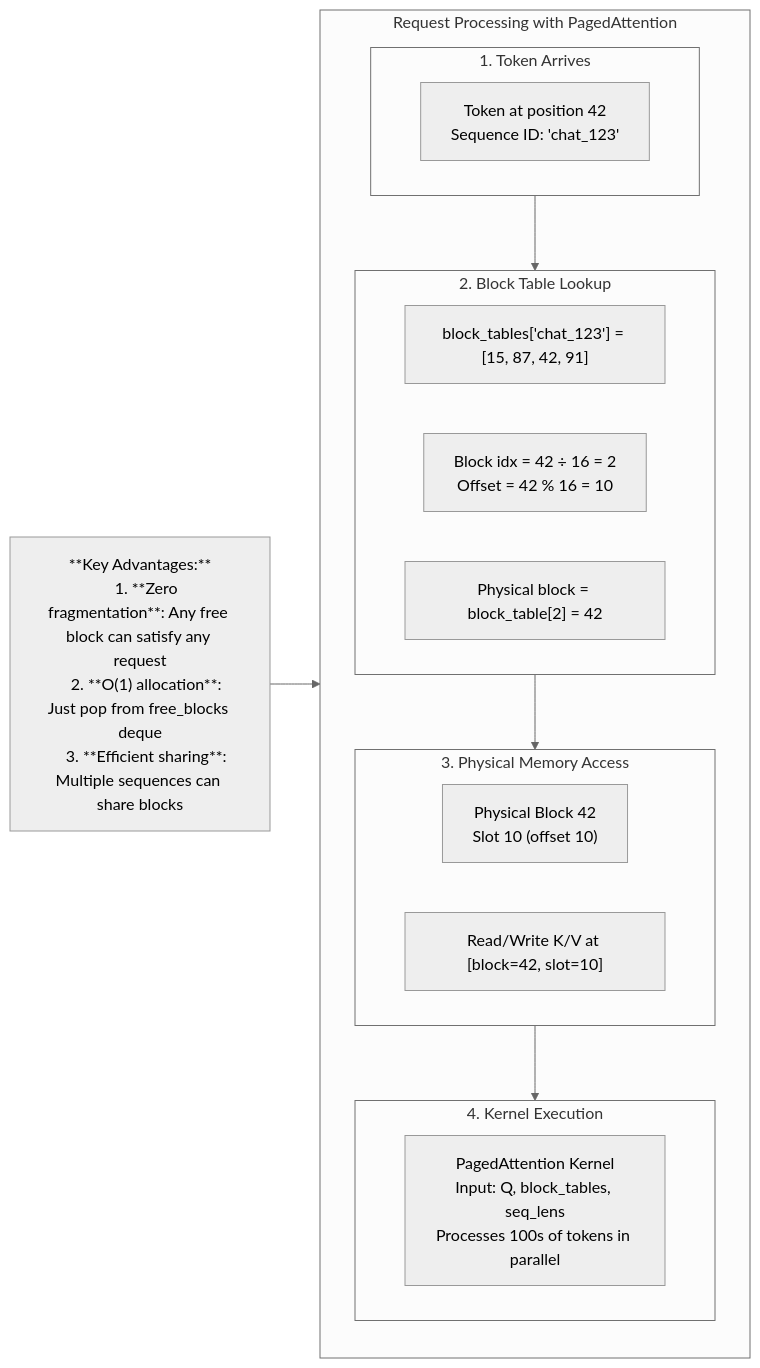
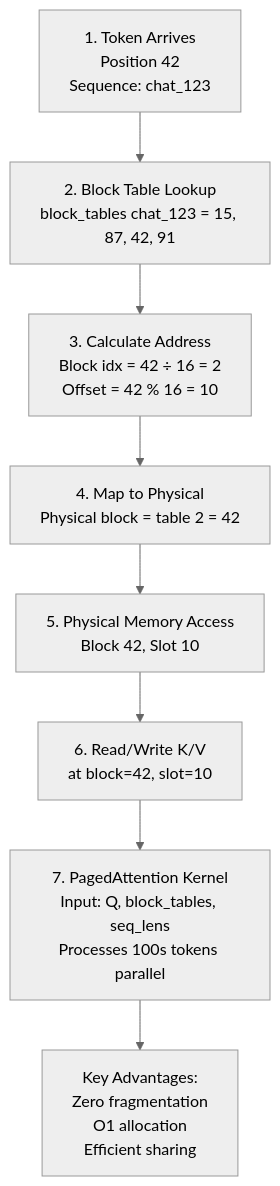
Before and after one commit to Shahriarin2garden/vllm_from_scratch: the sixth of 9 diagrams in lab0.3/README.md, drawn with Mermaid (neutral theme). The commit also changed other lines of this file and 3 other files, not shown here.

````diff
--- a/lab0.3/README.md
+++ b/lab0.3/README.md
@@ -451,35 +455,22 @@
 ```mermaid
-graph LR
-    subgraph RequestFlow[Request Processing with PagedAttention]
-        direction TB
-
-        subgraph Step1[1. Token Arrives]
-            T1["Token at position 42<br/>Sequence ID: 'chat_123'"]
-        end
-
-        subgraph Step2[2. Block Table Lookup]
-            BT["block_tables['chat_123'] = [15, 87, 42, 91]"]
-            Calc["Block idx = 42 ÷ 16 = 2<br/>Offset = 42 % 16 = 10"]
-            Map["Physical block = block_table[2] = 42"]
-        end
-
-        subgraph Step3[3. Physical Memory Access]
-            PM["Physical Block 42<br/>Slot 10 (offset 10)"]
-            Read["Read/Write K/V at [block=42, slot=10]"]
-        end
-
-        subgraph Step4[4. Kernel Execution]
-            Kernel["PagedAttention Kernel<br/>Input: Q, block_tables, seq_lens<br/>Processes 100s of tokens in parallel"]
-        end
-
-        Step1 --> Step2 --> Step3 --> Step4
-    end
-
-    Efficiency["
-    **Key Advantages:**
-    1. **Zero fragmentation**: Any free block can satisfy any request
-    2. **O(1) allocation**: Just pop from free_blocks deque
-    3. **Efficient sharing**: Multiple sequences can share blocks
-    "] --> RequestFlow
-
+graph TD
+    T1[1. Token Arrives<br/>Position 42<br/>Sequence: chat_123]
+    
+    BT[2. Block Table Lookup<br/>block_tables chat_123 = 15, 87, 42, 91]
+    
+    Calc[3. Calculate Address<br/>Block idx = 42 ÷ 16 = 2<br/>Offset = 42 % 16 = 10]
+    
+    Map[4. Map to Physical<br/>Physical block = table 2 = 42]
+    
+    PM[5. Physical Memory Access<br/>Block 42, Slot 10]
+    
+    Read[6. Read/Write K/V<br/>at block=42, slot=10]
+    
+    Kernel[7. PagedAttention Kernel<br/>Input: Q, block_tables, seq_lens<br/>Processes 100s tokens parallel]
+    
+    T1 --> BT --> Calc --> Map --> PM --> Read --> Kernel
+    
+    Efficiency[Key Advantages:<br/>Zero fragmentation<br/>O1 allocation<br/>Efficient sharing]
+    
+    Kernel --> Efficiency
 ```
````
